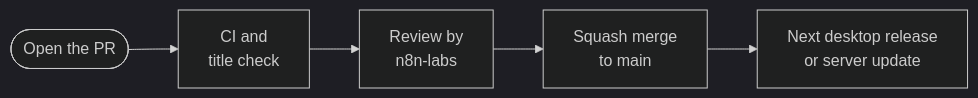
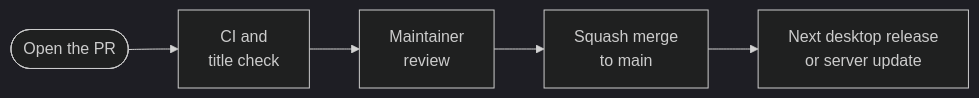
The first of 2 diagrams in docs/src/content/docs/contribute/pull-requests.md (KrishBhimani/nod), drawn with Mermaid (dark theme) before and after one commit. The commit also changed other lines of this file and 6 other files, not shown here.

````diff
--- a/docs/src/content/docs/contribute/pull-requests.md
+++ b/docs/src/content/docs/contribute/pull-requests.md
@@ -49,7 +49,7 @@
 ```mermaid
 flowchart LR
   open([Open the PR]):::accent --> ci[CI and<br/>title check]
-  ci --> review[Review by<br/>n8n-labs]
+  ci --> review[Maintainer<br/>review]
   review --> merge[Squash merge<br/>to main]:::go
   merge --> after[Next desktop release<br/>or server update]:::muted
 ```
````
